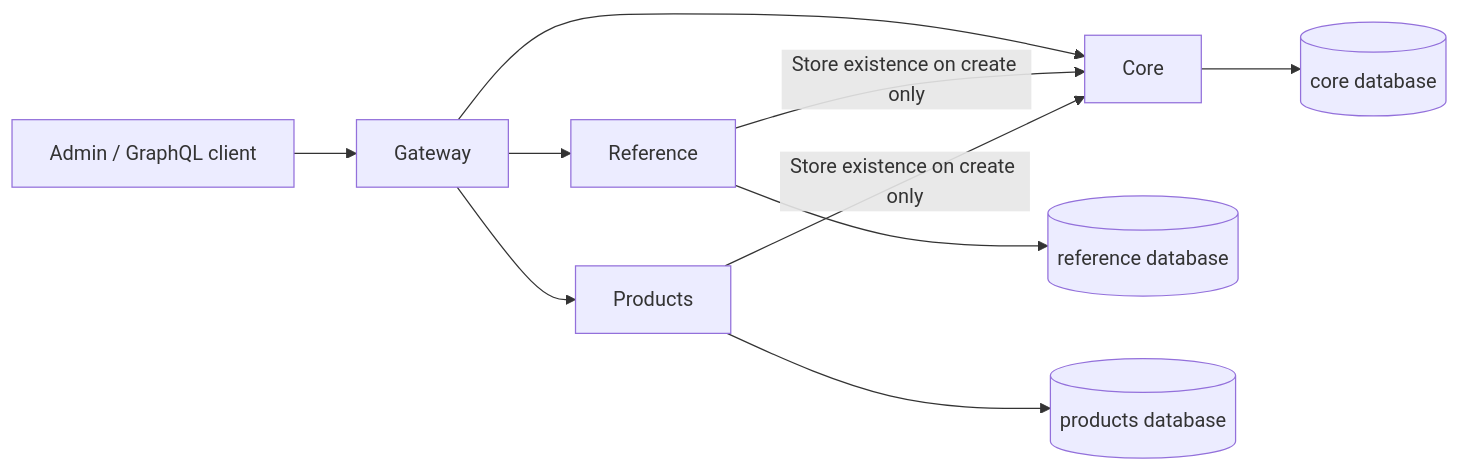
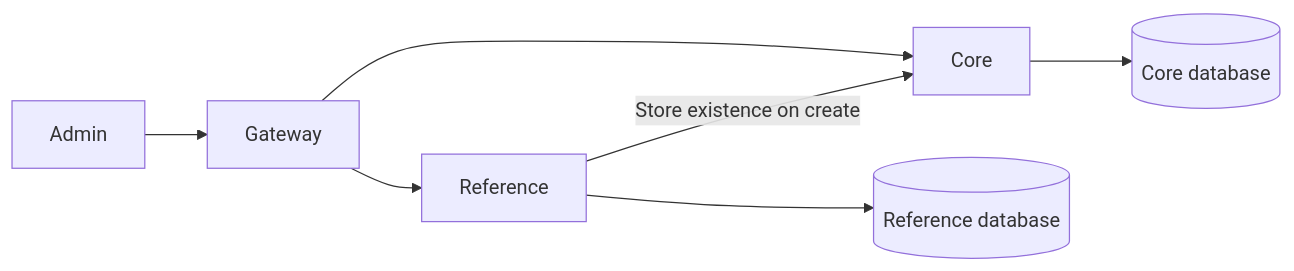
The diagram in docs/architecture/overview.md (agavazov/holita), drawn with Mermaid before and after one commit. The commit also changed other lines of this file and 286 other files, not shown here.

````diff
--- a/docs/architecture/overview.md
+++ b/docs/architecture/overview.md
@@ -24,12 +13,9 @@
 ```mermaid
 flowchart LR
-  Client[Admin / GraphQL client] --> Gateway
+  Admin --> Gateway
   Gateway --> Core
   Gateway --> Reference
-  Reference -->|Store existence on create only| Core
-  Reference --> ReferenceDB[(reference database)]
-  Gateway --> Products
-  Products -->|Store existence on create only| Core
-  Core --> CoreDB[(core database)]
-  Products --> ProductsDB[(products database)]
+  Core --> CoreDB[(Core database)]
+  Reference --> ReferenceDB[(Reference database)]
+  Reference -->|Store existence on create| Core
 ```
````
